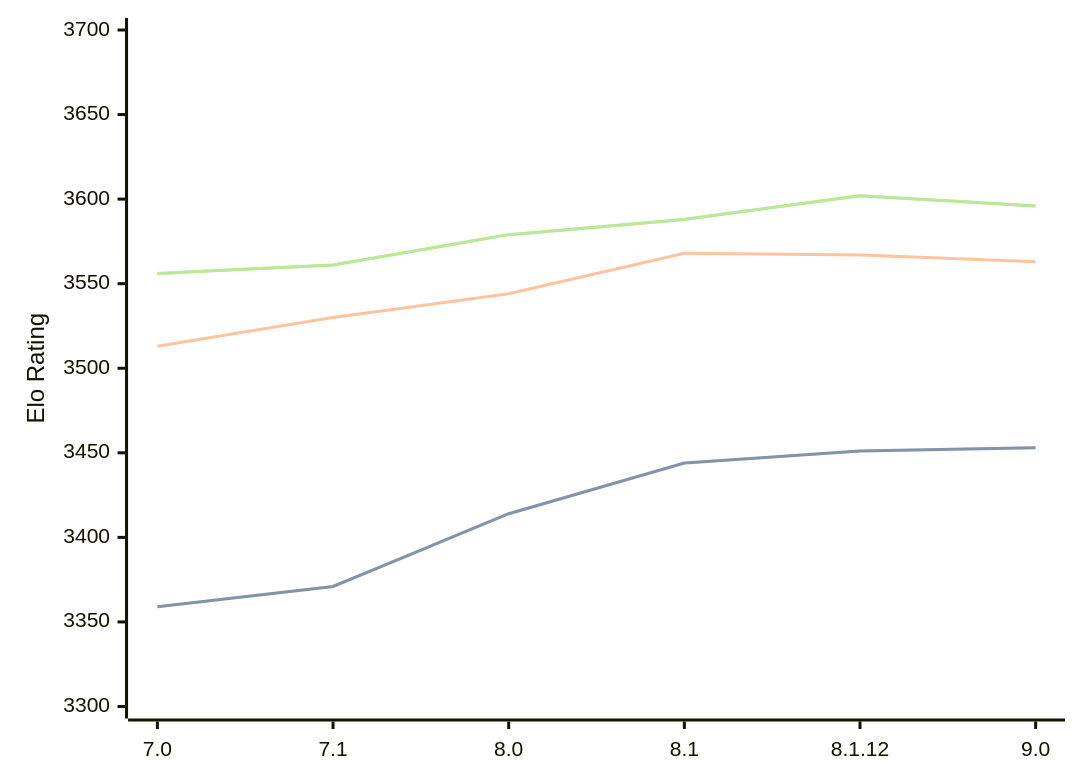
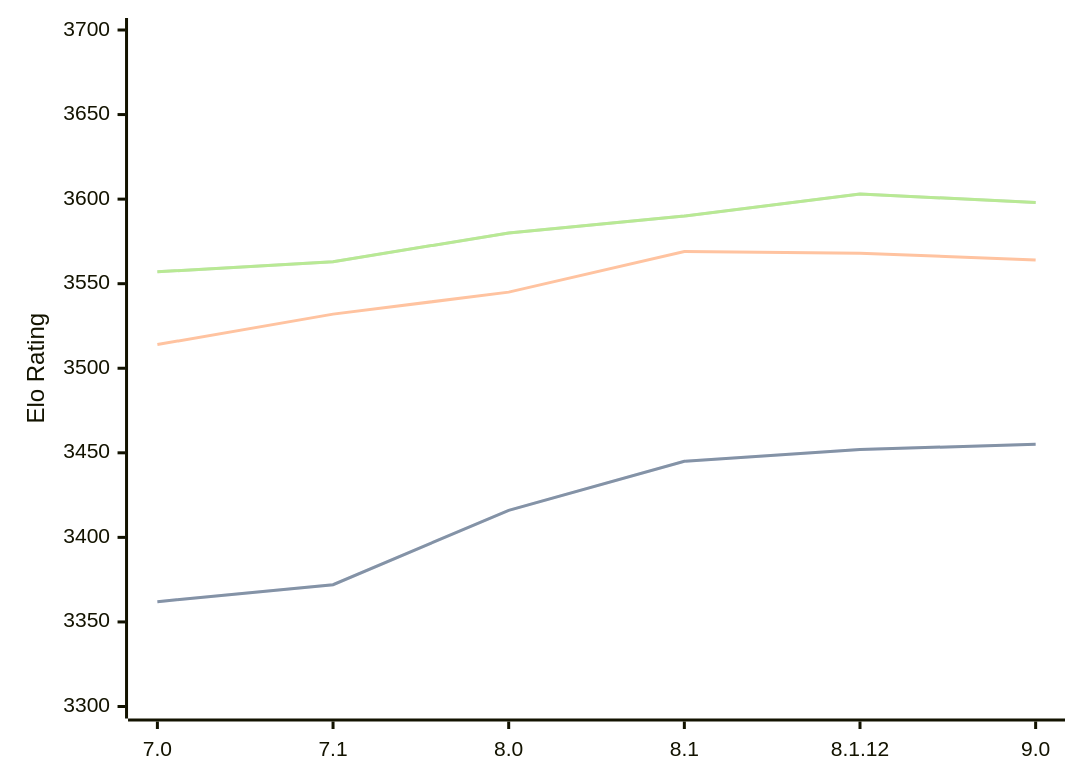
One commit to computer-chess-index/cci changed the diagram in engines/Alexandria.md. Above: the diagram before and after it, drawn with Mermaid. The commit also changed other lines of this file, not shown here.

Commit message:
Update CCI Ratings (ELO VLTC) - 2026-03-29

````diff
--- a/engines/Alexandria.md
+++ b/engines/Alexandria.md
@@ -55,11 +55,11 @@
 ```mermaid
 %%{init: {"theme":"base","themeVariables":{"seriesColors:['#a3a3a3','#222221','#faa371']}}}%%
 xychart-beta
   x-axis ["7.0", "7.1", "8.0", "8.1", "8.1.12", "9.0"]
   y-axis "Elo Rating" 3300 --> 3700
-  line "STC (8.0+0.08s)" [3359, 3371, 3414, 3444, 3451, 3453]
-  line "STC (8.0+0.08s)" [3359, 3371, 3414, 3444, 3451, 3453]
-  line "LTC (60.0+0.60s)" [3513, 3530, 3544, 3568, 3567, 3563]
-  line "VLTC (2m24s+1.12s)" [3556, 3561, 3579, 3588, 3602, 3596]
-  line "VLTC (2m24s+1.12s)" [3556, 3561, 3579, 3588, 3602, 3596]
+  line "STC (8.0+0.08s)" [3362, 3372, 3416, 3445, 3452, 3455]
+  line "STC (8.0+0.08s)" [3362, 3372, 3416, 3445, 3452, 3455]
+  line "LTC (60.0+0.60s)" [3514, 3532, 3545, 3569, 3568, 3564]
+  line "VLTC (2m24s+1.12s)" [3557, 3563, 3580, 3590, 3603, 3598]
+  line "VLTC (2m24s+1.12s)" [3557, 3563, 3580, 3590, 3603, 3598]
 ```
````
